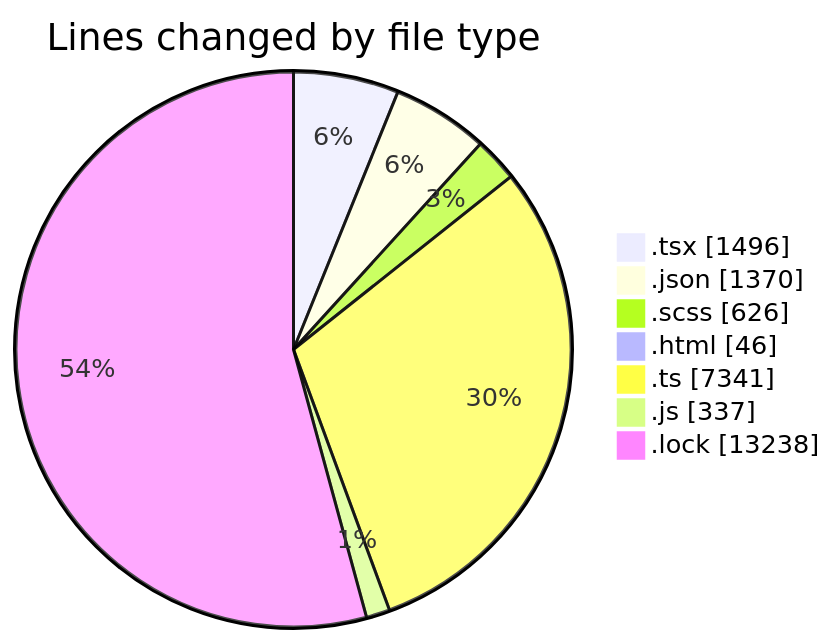
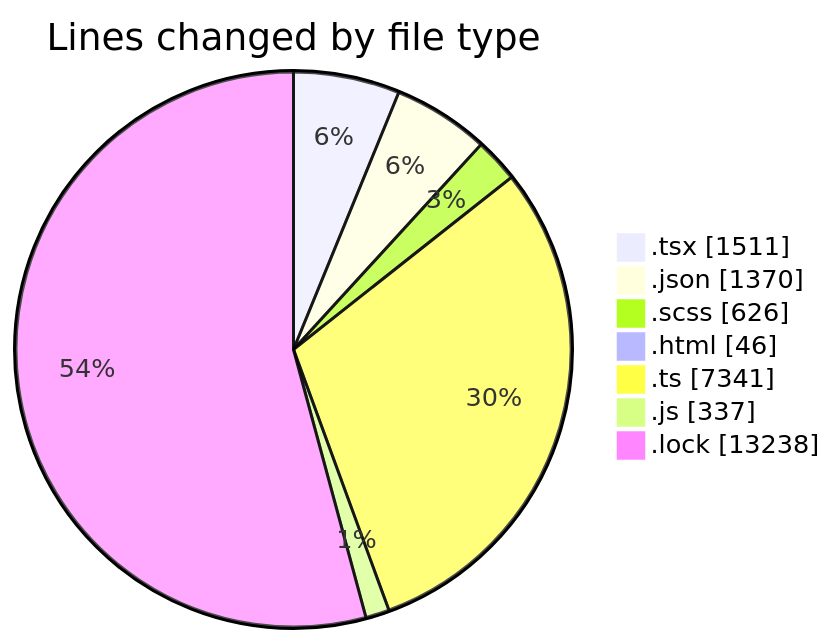
Before and after one commit to momahboobian/code-tracking: the first of 2 diagrams in 2026-04-14/cda/README.md, drawn with Mermaid. The commit also changed other lines of this file and 1 other file, not shown here.

````diff
--- a/2026-04-14/cda/README.md
+++ b/2026-04-14/cda/README.md
@@ -49,11 +50,11 @@
 ```mermaid
 pie showData
 title Lines changed by file type
-".tsx" : 1496
+".tsx" : 1511
 ".json" : 1370
 ".scss" : 626
 ".html" : 46
 ".ts" : 7341
 ".js" : 337
 ".lock" : 13238
 ```
````
